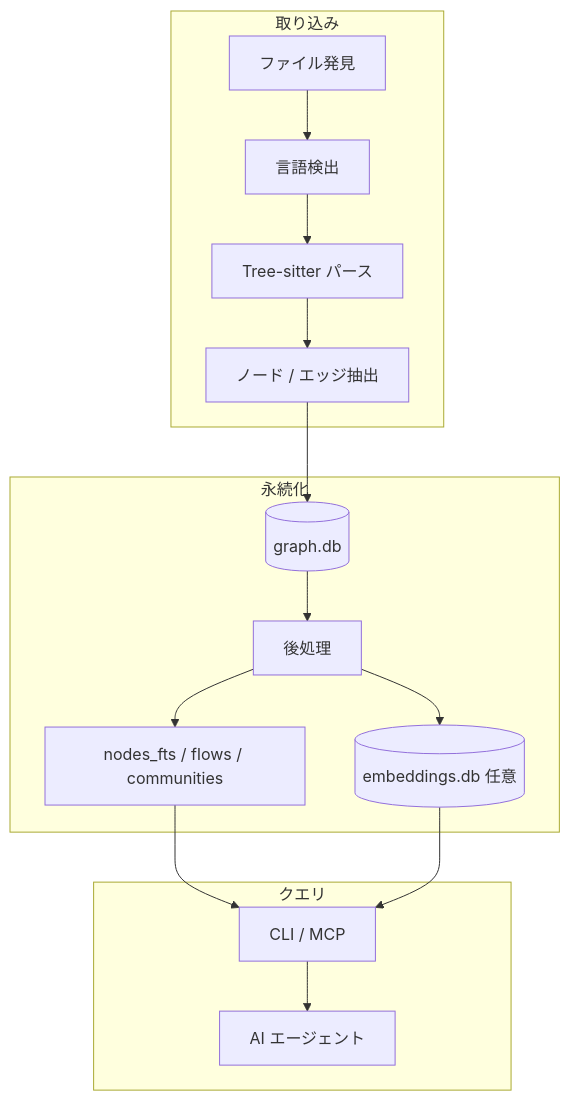
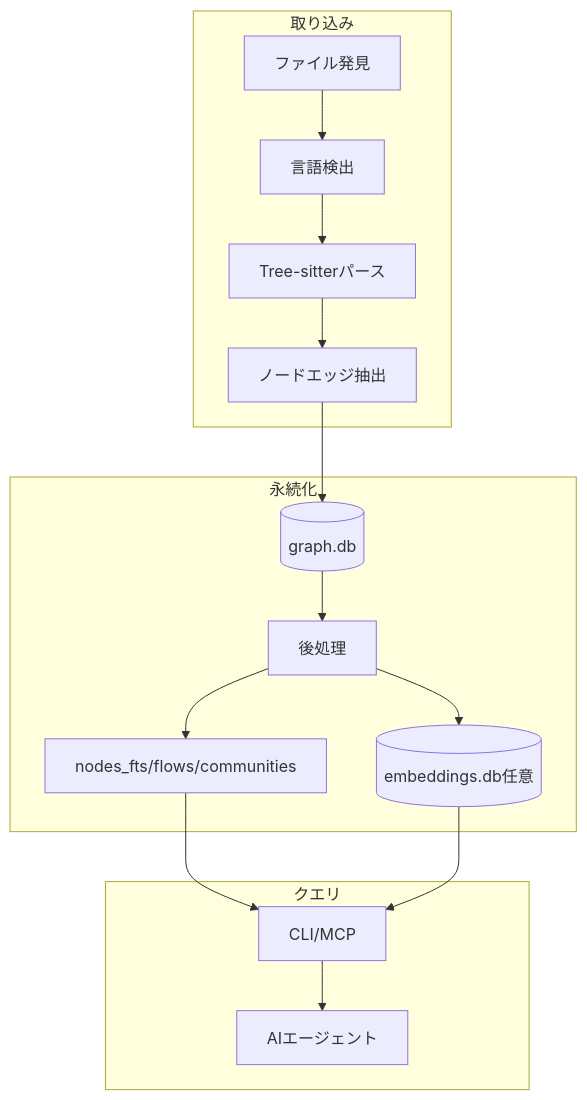
Before and after one commit to manji-0/blog: the diagram in src/content/docs/projects/dagayn/architecture.md, drawn with Mermaid. The commit also changed other lines of this file and 137 other files, not shown here.

````diff
--- a/src/content/docs/projects/dagayn/architecture.md
+++ b/src/content/docs/projects/dagayn/architecture.md
@@ -12,19 +12,19 @@
 ```mermaid
 flowchart TB
   subgraph ingest [取り込み]
     A[ファイル発見] --> B[言語検出]
-    B --> C[Tree-sitter パース]
-    C --> D[ノード / エッジ抽出]
+    B --> C[Tree-sitterパース]
+    C --> D[ノードエッジ抽出]
   end
   subgraph persist [永続化]
     D --> E[(graph.db)]
     E --> F[後処理]
-    F --> G[nodes_fts / flows / communities]
-    F --> H[(embeddings.db 任意)]
+    F --> G[nodes_fts/flows/communities]
+    F --> H[(embeddings.db任意)]
   end
   subgraph query [クエリ]
-    G --> I[CLI / MCP]
+    G --> I[CLI/MCP]
     H --> I
-    I --> J[AI エージェント]
+    I --> J[AIエージェント]
   end
 ```
````
